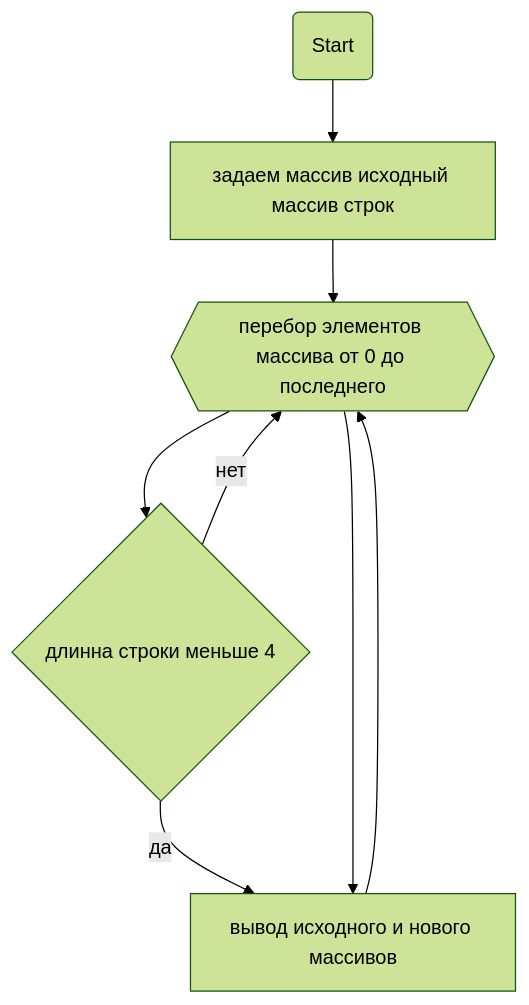
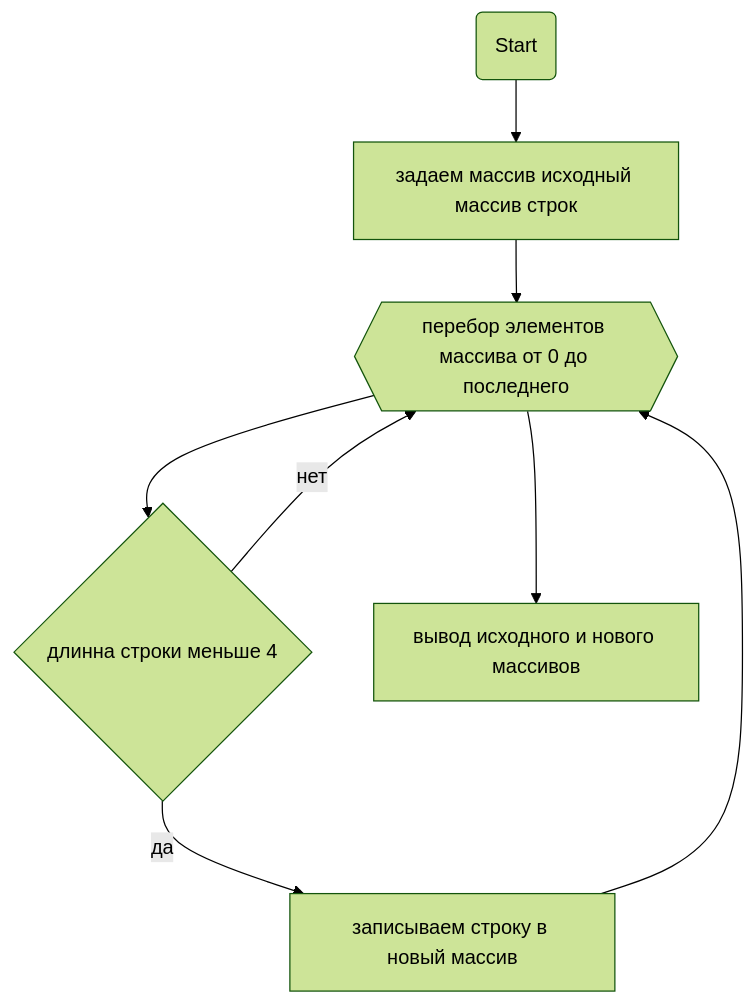
The diagram in README.md (Adalberto777/FinalTestWork), drawn with Mermaid (forest theme) before and after one commit.

Commit message:
block diagram

````diff
--- a/README.md
+++ b/README.md
@@ -14,10 +14,10 @@
 ```mermaid
   graph TB;       
     node1(Start)  --> node2[задаем исходный массив строк];
     node2[задаем массив исходный массив строк] --> node3{{перебор элементов массива от 0 до последнего}};
     node3{{перебор элементов массива от 0 до последнего}} --> node4{длинна строки меньше 4};
     node4{длинна строки меньше 4} -- да --> node5[записываем строку в новый массив];
     node5[записываем строку в новый массив] --> node3{{перебор элементов массива от 0 до последнего}};
     node4{длинна строки меньше 4} -- нет --> node3{{перебор элементов массива от 0 до последнего}};
-    node3{{перебор элементов массива от 0 до последнего}} --> node5[вывод исходного и нового массивов];
+    node3{{перебор элементов массива от 0 до последнего}} --> node6[вывод исходного и нового массивов];
 ```
````
